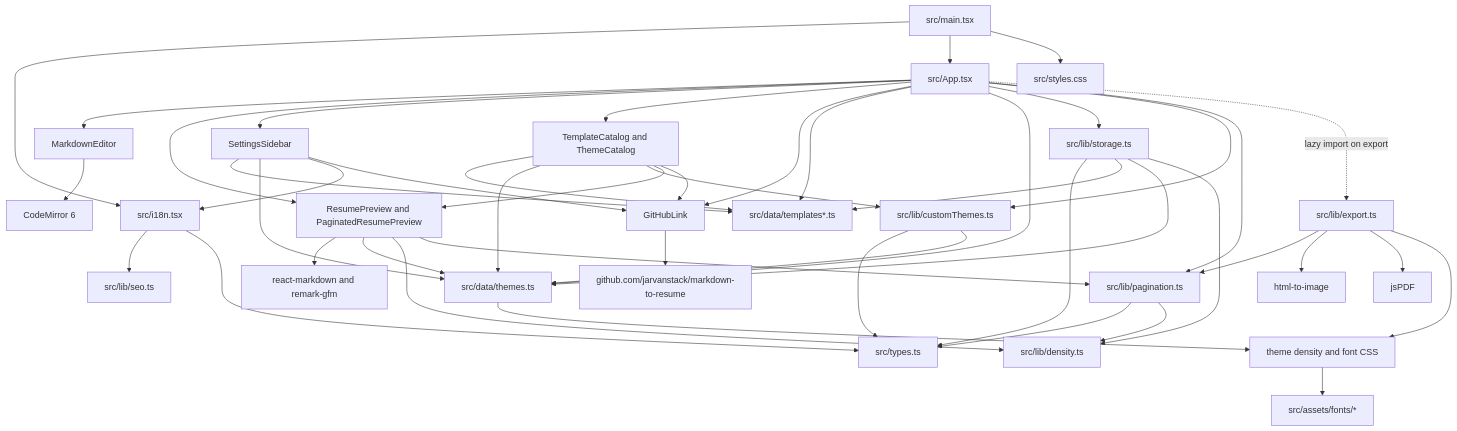
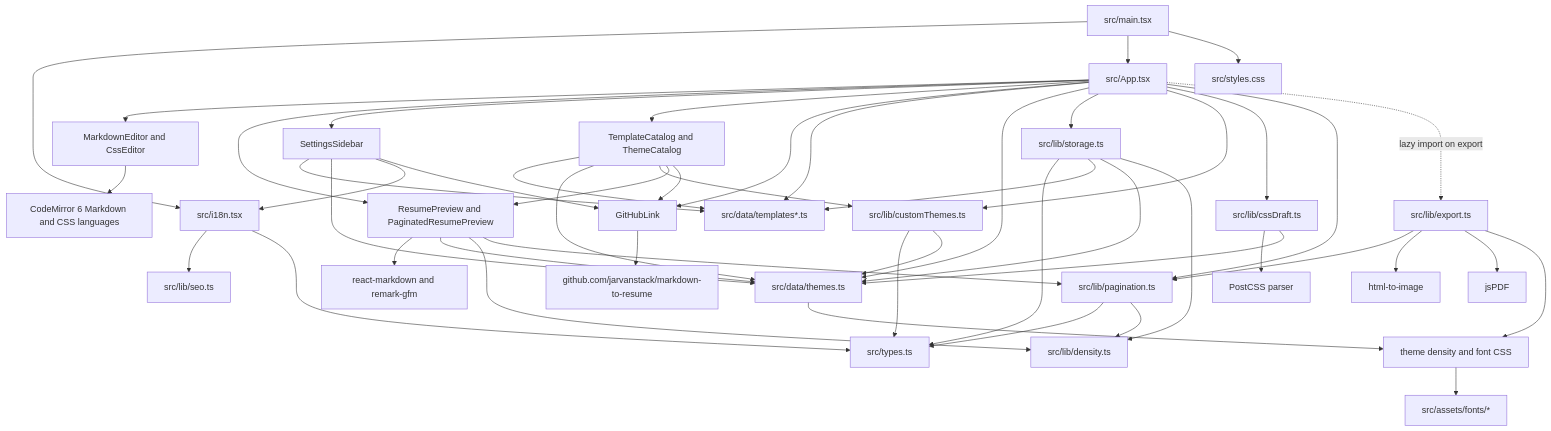
One commit to jarvanstack/markdown-to-resume changed the second of 7 diagrams in docs/knowledge-graph.md. Above: the diagram before and after it, drawn with Mermaid. The commit also changed other lines of this file and 14 other files, not shown here.

Commit message:
Add live CSS editor tab and theme draft persistence

````diff
--- a/docs/knowledge-graph.md
+++ b/docs/knowledge-graph.md
@@ -31,52 +31,55 @@
 ```mermaid
 flowchart TD
     Main["src/main.tsx"] --> I18n["src/i18n.tsx"]
     Main --> App["src/App.tsx"]
     Main --> AppCss["src/styles.css"]
 
     I18n --> Seo["src/lib/seo.ts"]
     I18n --> Types["src/types.ts"]
 
-    App --> Editor["MarkdownEditor"]
+    App --> Editor["MarkdownEditor and CssEditor"]
     App --> Preview["ResumePreview and PaginatedResumePreview"]
     App --> Settings["SettingsSidebar"]
     App --> Catalogs["TemplateCatalog and ThemeCatalog"]
     App --> GitHubLink["GitHubLink"]
     App --> Templates["src/data/templates*.ts"]
     App --> Themes["src/data/themes.ts"]
     App --> Storage["src/lib/storage.ts"]
     App --> CustomThemes["src/lib/customThemes.ts"]
+    App --> CssDrafts["src/lib/cssDraft.ts"]
     App --> Pagination["src/lib/pagination.ts"]
     App -.->|"lazy import on export"| Export["src/lib/export.ts"]
 
-    Editor --> CodeMirror["CodeMirror 6"]
+    Editor --> CodeMirror["CodeMirror 6 Markdown and CSS languages"]
+    CssDrafts --> PostCss["PostCSS parser"]
     Preview --> ReactMarkdown["react-markdown and remark-gfm"]
     Preview --> Themes
     Preview --> Density["src/lib/density.ts"]
     Preview --> Pagination
     Settings --> Templates
     Settings --> Themes
     Settings --> I18n
     Settings --> GitHubLink
     Catalogs --> Templates
     Catalogs --> Themes
     Catalogs --> CustomThemes
     Catalogs --> Preview
     Catalogs --> GitHubLink
     GitHubLink --> GitHubRepo["github.com/jarvanstack/markdown-to-resume"]
 
     Storage --> Types
     Storage --> Templates
     Storage --> Themes
     Storage --> Density
     CustomThemes --> Types
     CustomThemes --> Themes
+    CssDrafts --> Themes
     Pagination --> Types
     Pagination --> Density
     Export --> Pagination
     Export --> HtmlToImage["html-to-image"]
     Export --> JsPdf["jsPDF"]
     Export --> ThemeCss["theme density and font CSS"]
     Themes --> ThemeCss
     ThemeCss --> FontAssets["src/assets/fonts/*"]
 ```
````
